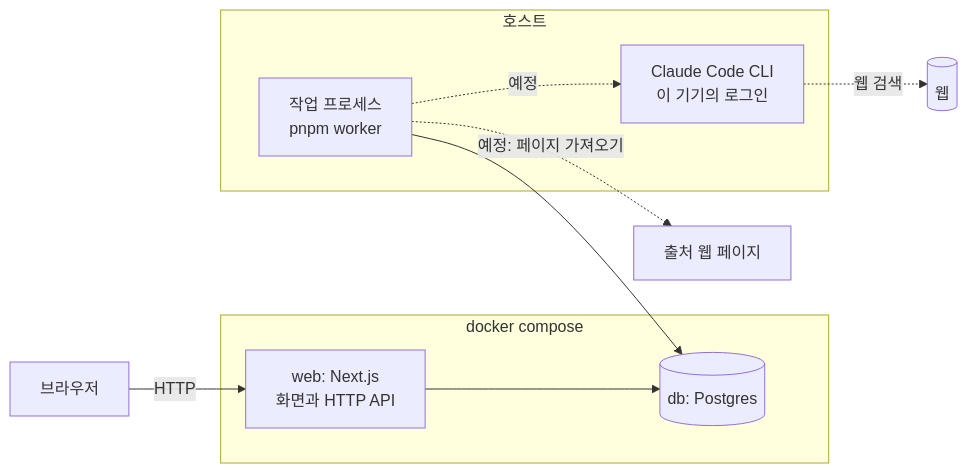
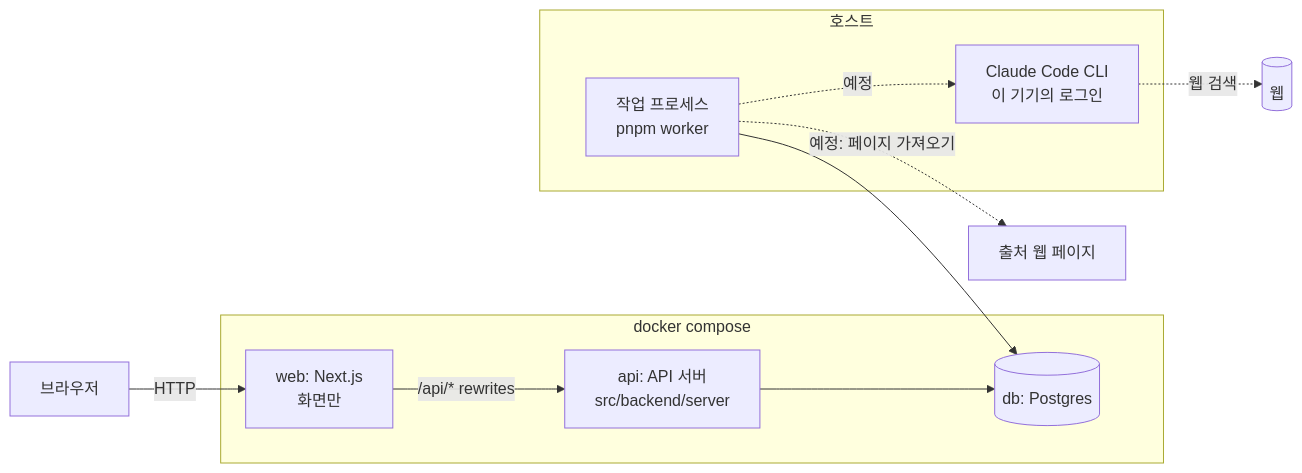
One commit to Changsik00/inkle changed the first of 5 diagrams in docs/architecture.md. Above: the diagram before and after it, drawn with Mermaid. The commit also changed other lines of this file and 149 other files, not shown here.

First line of the commit message:
feat(spec-01-04): 프론트 구조, src 배치, 별도 API 서버와 책 등록 (#4)

````diff
--- a/docs/architecture.md
+++ b/docs/architecture.md
@@ -9,17 +9,19 @@
 ```mermaid
 flowchart LR
     B[브라우저] -->|HTTP| WEB
     subgraph compose[docker compose]
-        WEB[web: Next.js<br/>화면과 HTTP API]
+        WEB[web: Next.js<br/>화면만]
+        API[api: API 서버<br/>src/backend/server]
         DB[(db: Postgres)]
     end
     subgraph host[호스트]
         WK[작업 프로세스<br/>pnpm worker]
         CLI[Claude Code CLI<br/>이 기기의 로그인]
     end
-    WEB --> DB
+    WEB -->|/api/* rewrites| API
+    API --> DB
     WK --> DB
     WK -.->|예정| CLI
     WK -.->|예정: 페이지 가져오기| EXT[출처 웹 페이지]
     CLI -.->|웹 검색| NET[(웹)]
 ```
````
